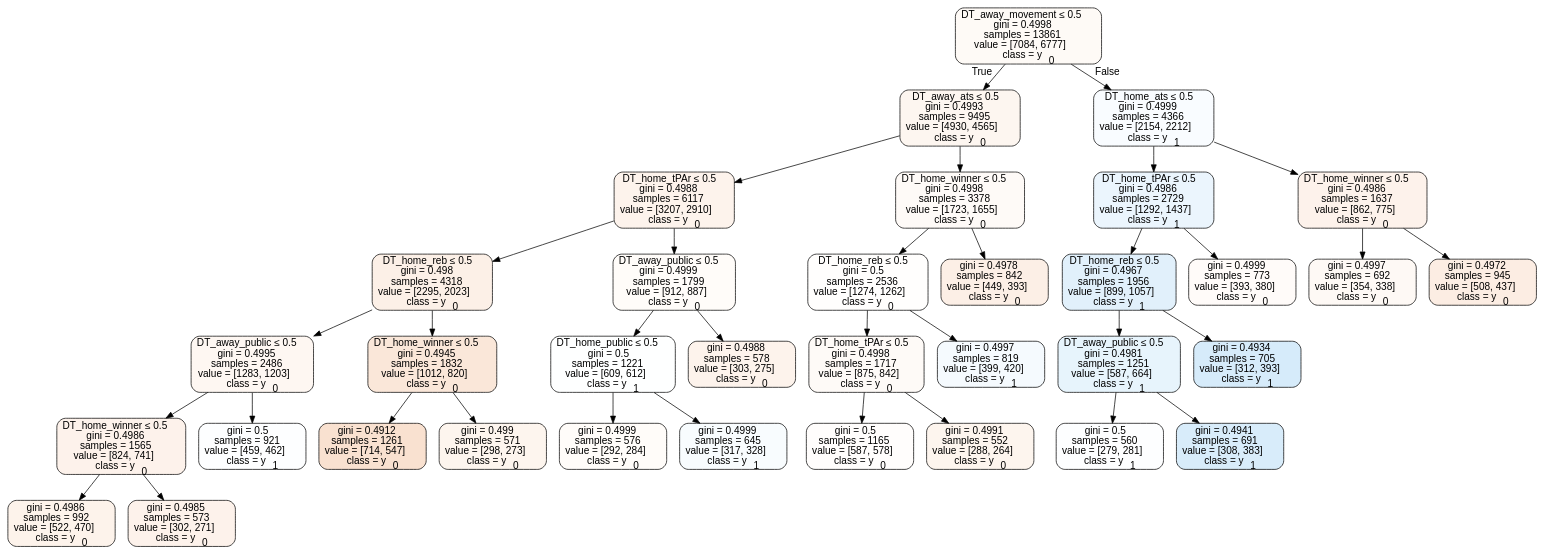
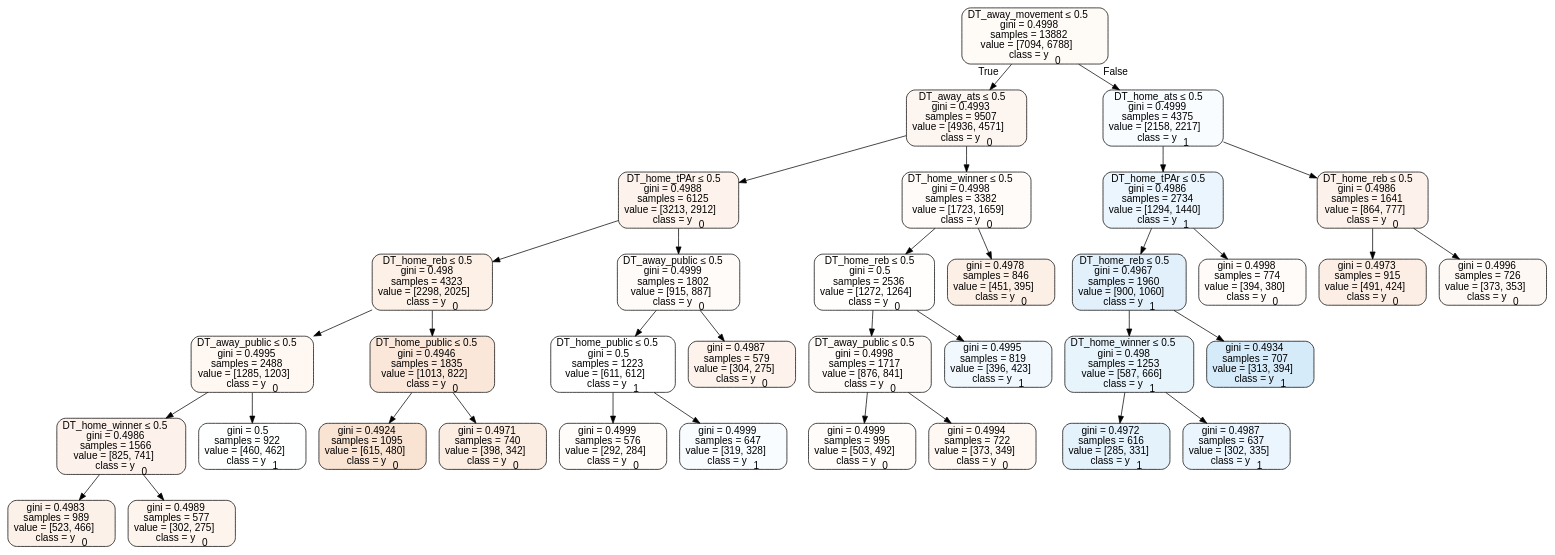
Before and after one commit to usbogie/ncaa-bets: the diagram in tree_data/tree2016home.dot, drawn with Graphviz. The commit also changed 32 other files, not shown here.

```diff
--- a/tree_data/tree2016home.dot
+++ b/tree_data/tree2016home.dot
@@ -1,73 +1,73 @@
 digraph Tree {
 node [shape=box, style="filled, rounded", color="black", fontname=helvetica] ;
 edge [fontname=helvetica] ;
-0 [label=<DT_away_movement &le; 0.5<br/>gini = 0.4998<br/>samples = 13861<br/>value = [7084, 6777]<br/>class = y<SUB>0</SUB>>, fillcolor="#e581390b"] ;
-1 [label=<DT_away_ats &le; 0.5<br/>gini = 0.4993<br/>samples = 9495<br/>value = [4930, 4565]<br/>class = y<SUB>0</SUB>>, fillcolor="#e5813913"] ;
+0 [label=<DT_away_movement &le; 0.5<br/>gini = 0.4998<br/>samples = 13882<br/>value = [7094, 6788]<br/>class = y<SUB>0</SUB>>, fillcolor="#e581390b"] ;
+1 [label=<DT_away_ats &le; 0.5<br/>gini = 0.4993<br/>samples = 9507<br/>value = [4936, 4571]<br/>class = y<SUB>0</SUB>>, fillcolor="#e5813913"] ;
 0 -> 1 [labeldistance=2.5, labelangle=45, headlabel="True"] ;
-2 [label=<DT_home_tPAr &le; 0.5<br/>gini = 0.4988<br/>samples = 6117<br/>value = [3207, 2910]<br/>class = y<SUB>0</SUB>>, fillcolor="#e5813918"] ;
+2 [label=<DT_home_tPAr &le; 0.5<br/>gini = 0.4988<br/>samples = 6125<br/>value = [3213, 2912]<br/>class = y<SUB>0</SUB>>, fillcolor="#e5813918"] ;
 1 -> 2 ;
-3 [label=<DT_home_reb &le; 0.5<br/>gini = 0.498<br/>samples = 4318<br/>value = [2295, 2023]<br/>class = y<SUB>0</SUB>>, fillcolor="#e581391e"] ;
+3 [label=<DT_home_reb &le; 0.5<br/>gini = 0.498<br/>samples = 4323<br/>value = [2298, 2025]<br/>class = y<SUB>0</SUB>>, fillcolor="#e581391e"] ;
 2 -> 3 ;
-4 [label=<DT_away_public &le; 0.5<br/>gini = 0.4995<br/>samples = 2486<br/>value = [1283, 1203]<br/>class = y<SUB>0</SUB>>, fillcolor="#e5813910"] ;
+4 [label=<DT_away_public &le; 0.5<br/>gini = 0.4995<br/>samples = 2488<br/>value = [1285, 1203]<br/>class = y<SUB>0</SUB>>, fillcolor="#e5813910"] ;
 3 -> 4 ;
-5 [label=<DT_home_winner &le; 0.5<br/>gini = 0.4986<br/>samples = 1565<br/>value = [824, 741]<br/>class = y<SUB>0</SUB>>, fillcolor="#e581391a"] ;
+5 [label=<DT_home_winner &le; 0.5<br/>gini = 0.4986<br/>samples = 1566<br/>value = [825, 741]<br/>class = y<SUB>0</SUB>>, fillcolor="#e581391a"] ;
 4 -> 5 ;
-6 [label=<gini = 0.4986<br/>samples = 992<br/>value = [522, 470]<br/>class = y<SUB>0</SUB>>, fillcolor="#e5813919"] ;
+6 [label=<gini = 0.4983<br/>samples = 989<br/>value = [523, 466]<br/>class = y<SUB>0</SUB>>, fillcolor="#e581391c"] ;
 5 -> 6 ;
-7 [label=<gini = 0.4985<br/>samples = 573<br/>value = [302, 271]<br/>class = y<SUB>0</SUB>>, fillcolor="#e581391a"] ;
+7 [label=<gini = 0.4989<br/>samples = 577<br/>value = [302, 275]<br/>class = y<SUB>0</SUB>>, fillcolor="#e5813917"] ;
 5 -> 7 ;
-8 [label=<gini = 0.5<br/>samples = 921<br/>value = [459, 462]<br/>class = y<SUB>1</SUB>>, fillcolor="#399de502"] ;
+8 [label=<gini = 0.5<br/>samples = 922<br/>value = [460, 462]<br/>class = y<SUB>1</SUB>>, fillcolor="#399de501"] ;
 4 -> 8 ;
-9 [label=<DT_home_winner &le; 0.5<br/>gini = 0.4945<br/>samples = 1832<br/>value = [1012, 820]<br/>class = y<SUB>0</SUB>>, fillcolor="#e5813930"] ;
+9 [label=<DT_home_public &le; 0.5<br/>gini = 0.4946<br/>samples = 1835<br/>value = [1013, 822]<br/>class = y<SUB>0</SUB>>, fillcolor="#e5813930"] ;
 3 -> 9 ;
-10 [label=<gini = 0.4912<br/>samples = 1261<br/>value = [714, 547]<br/>class = y<SUB>0</SUB>>, fillcolor="#e581393c"] ;
+10 [label=<gini = 0.4924<br/>samples = 1095<br/>value = [615, 480]<br/>class = y<SUB>0</SUB>>, fillcolor="#e5813938"] ;
 9 -> 10 ;
-11 [label=<gini = 0.499<br/>samples = 571<br/>value = [298, 273]<br/>class = y<SUB>0</SUB>>, fillcolor="#e5813915"] ;
+11 [label=<gini = 0.4971<br/>samples = 740<br/>value = [398, 342]<br/>class = y<SUB>0</SUB>>, fillcolor="#e5813924"] ;
 9 -> 11 ;
-12 [label=<DT_away_public &le; 0.5<br/>gini = 0.4999<br/>samples = 1799<br/>value = [912, 887]<br/>class = y<SUB>0</SUB>>, fillcolor="#e5813907"] ;
+12 [label=<DT_away_public &le; 0.5<br/>gini = 0.4999<br/>samples = 1802<br/>value = [915, 887]<br/>class = y<SUB>0</SUB>>, fillcolor="#e5813908"] ;
 2 -> 12 ;
-13 [label=<DT_home_public &le; 0.5<br/>gini = 0.5<br/>samples = 1221<br/>value = [609, 612]<br/>class = y<SUB>1</SUB>>, fillcolor="#399de501"] ;
+13 [label=<DT_home_public &le; 0.5<br/>gini = 0.5<br/>samples = 1223<br/>value = [611, 612]<br/>class = y<SUB>1</SUB>>, fillcolor="#399de500"] ;
 12 -> 13 ;
 14 [label=<gini = 0.4999<br/>samples = 576<br/>value = [292, 284]<br/>class = y<SUB>0</SUB>>, fillcolor="#e5813907"] ;
 13 -> 14 ;
-15 [label=<gini = 0.4999<br/>samples = 645<br/>value = [317, 328]<br/>class = y<SUB>1</SUB>>, fillcolor="#399de509"] ;
+15 [label=<gini = 0.4999<br/>samples = 647<br/>value = [319, 328]<br/>class = y<SUB>1</SUB>>, fillcolor="#399de507"] ;
 13 -> 15 ;
-16 [label=<gini = 0.4988<br/>samples = 578<br/>value = [303, 275]<br/>class = y<SUB>0</SUB>>, fillcolor="#e5813918"] ;
+16 [label=<gini = 0.4987<br/>samples = 579<br/>value = [304, 275]<br/>class = y<SUB>0</SUB>>, fillcolor="#e5813918"] ;
 12 -> 16 ;
-17 [label=<DT_home_winner &le; 0.5<br/>gini = 0.4998<br/>samples = 3378<br/>value = [1723, 1655]<br/>class = y<SUB>0</SUB>>, fillcolor="#e581390a"] ;
+17 [label=<DT_home_winner &le; 0.5<br/>gini = 0.4998<br/>samples = 3382<br/>value = [1723, 1659]<br/>class = y<SUB>0</SUB>>, fillcolor="#e5813909"] ;
 1 -> 17 ;
-18 [label=<DT_home_reb &le; 0.5<br/>gini = 0.5<br/>samples = 2536<br/>value = [1274, 1262]<br/>class = y<SUB>0</SUB>>, fillcolor="#e5813902"] ;
+18 [label=<DT_home_reb &le; 0.5<br/>gini = 0.5<br/>samples = 2536<br/>value = [1272, 1264]<br/>class = y<SUB>0</SUB>>, fillcolor="#e5813902"] ;
 17 -> 18 ;
-19 [label=<DT_home_tPAr &le; 0.5<br/>gini = 0.4998<br/>samples = 1717<br/>value = [875, 842]<br/>class = y<SUB>0</SUB>>, fillcolor="#e581390a"] ;
+19 [label=<DT_away_public &le; 0.5<br/>gini = 0.4998<br/>samples = 1717<br/>value = [876, 841]<br/>class = y<SUB>0</SUB>>, fillcolor="#e581390a"] ;
 18 -> 19 ;
-20 [label=<gini = 0.5<br/>samples = 1165<br/>value = [587, 578]<br/>class = y<SUB>0</SUB>>, fillcolor="#e5813904"] ;
+20 [label=<gini = 0.4999<br/>samples = 995<br/>value = [503, 492]<br/>class = y<SUB>0</SUB>>, fillcolor="#e5813906"] ;
 19 -> 20 ;
-21 [label=<gini = 0.4991<br/>samples = 552<br/>value = [288, 264]<br/>class = y<SUB>0</SUB>>, fillcolor="#e5813915"] ;
+21 [label=<gini = 0.4994<br/>samples = 722<br/>value = [373, 349]<br/>class = y<SUB>0</SUB>>, fillcolor="#e5813910"] ;
 19 -> 21 ;
-22 [label=<gini = 0.4997<br/>samples = 819<br/>value = [399, 420]<br/>class = y<SUB>1</SUB>>, fillcolor="#399de50d"] ;
+22 [label=<gini = 0.4995<br/>samples = 819<br/>value = [396, 423]<br/>class = y<SUB>1</SUB>>, fillcolor="#399de510"] ;
 18 -> 22 ;
-23 [label=<gini = 0.4978<br/>samples = 842<br/>value = [449, 393]<br/>class = y<SUB>0</SUB>>, fillcolor="#e5813920"] ;
+23 [label=<gini = 0.4978<br/>samples = 846<br/>value = [451, 395]<br/>class = y<SUB>0</SUB>>, fillcolor="#e5813920"] ;
 17 -> 23 ;
-24 [label=<DT_home_ats &le; 0.5<br/>gini = 0.4999<br/>samples = 4366<br/>value = [2154, 2212]<br/>class = y<SUB>1</SUB>>, fillcolor="#399de507"] ;
+24 [label=<DT_home_ats &le; 0.5<br/>gini = 0.4999<br/>samples = 4375<br/>value = [2158, 2217]<br/>class = y<SUB>1</SUB>>, fillcolor="#399de507"] ;
 0 -> 24 [labeldistance=2.5, labelangle=-45, headlabel="False"] ;
-25 [label=<DT_home_tPAr &le; 0.5<br/>gini = 0.4986<br/>samples = 2729<br/>value = [1292, 1437]<br/>class = y<SUB>1</SUB>>, fillcolor="#399de51a"] ;
+25 [label=<DT_home_tPAr &le; 0.5<br/>gini = 0.4986<br/>samples = 2734<br/>value = [1294, 1440]<br/>class = y<SUB>1</SUB>>, fillcolor="#399de51a"] ;
 24 -> 25 ;
-26 [label=<DT_home_reb &le; 0.5<br/>gini = 0.4967<br/>samples = 1956<br/>value = [899, 1057]<br/>class = y<SUB>1</SUB>>, fillcolor="#399de526"] ;
+26 [label=<DT_home_reb &le; 0.5<br/>gini = 0.4967<br/>samples = 1960<br/>value = [900, 1060]<br/>class = y<SUB>1</SUB>>, fillcolor="#399de526"] ;
 25 -> 26 ;
-27 [label=<DT_away_public &le; 0.5<br/>gini = 0.4981<br/>samples = 1251<br/>value = [587, 664]<br/>class = y<SUB>1</SUB>>, fillcolor="#399de51e"] ;
+27 [label=<DT_home_winner &le; 0.5<br/>gini = 0.498<br/>samples = 1253<br/>value = [587, 666]<br/>class = y<SUB>1</SUB>>, fillcolor="#399de51e"] ;
 26 -> 27 ;
-28 [label=<gini = 0.5<br/>samples = 560<br/>value = [279, 281]<br/>class = y<SUB>1</SUB>>, fillcolor="#399de502"] ;
+28 [label=<gini = 0.4972<br/>samples = 616<br/>value = [285, 331]<br/>class = y<SUB>1</SUB>>, fillcolor="#399de523"] ;
 27 -> 28 ;
-29 [label=<gini = 0.4941<br/>samples = 691<br/>value = [308, 383]<br/>class = y<SUB>1</SUB>>, fillcolor="#399de532"] ;
+29 [label=<gini = 0.4987<br/>samples = 637<br/>value = [302, 335]<br/>class = y<SUB>1</SUB>>, fillcolor="#399de519"] ;
 27 -> 29 ;
-30 [label=<gini = 0.4934<br/>samples = 705<br/>value = [312, 393]<br/>class = y<SUB>1</SUB>>, fillcolor="#399de535"] ;
+30 [label=<gini = 0.4934<br/>samples = 707<br/>value = [313, 394]<br/>class = y<SUB>1</SUB>>, fillcolor="#399de534"] ;
 26 -> 30 ;
-31 [label=<gini = 0.4999<br/>samples = 773<br/>value = [393, 380]<br/>class = y<SUB>0</SUB>>, fillcolor="#e5813908"] ;
+31 [label=<gini = 0.4998<br/>samples = 774<br/>value = [394, 380]<br/>class = y<SUB>0</SUB>>, fillcolor="#e5813909"] ;
 25 -> 31 ;
-32 [label=<DT_home_winner &le; 0.5<br/>gini = 0.4986<br/>samples = 1637<br/>value = [862, 775]<br/>class = y<SUB>0</SUB>>, fillcolor="#e581391a"] ;
+32 [label=<DT_home_reb &le; 0.5<br/>gini = 0.4986<br/>samples = 1641<br/>value = [864, 777]<br/>class = y<SUB>0</SUB>>, fillcolor="#e581391a"] ;
 24 -> 32 ;
-33 [label=<gini = 0.4997<br/>samples = 692<br/>value = [354, 338]<br/>class = y<SUB>0</SUB>>, fillcolor="#e581390c"] ;
+33 [label=<gini = 0.4973<br/>samples = 915<br/>value = [491, 424]<br/>class = y<SUB>0</SUB>>, fillcolor="#e5813923"] ;
 32 -> 33 ;
-34 [label=<gini = 0.4972<br/>samples = 945<br/>value = [508, 437]<br/>class = y<SUB>0</SUB>>, fillcolor="#e5813924"] ;
+34 [label=<gini = 0.4996<br/>samples = 726<br/>value = [373, 353]<br/>class = y<SUB>0</SUB>>, fillcolor="#e581390e"] ;
 32 -> 34 ;
 }
```
